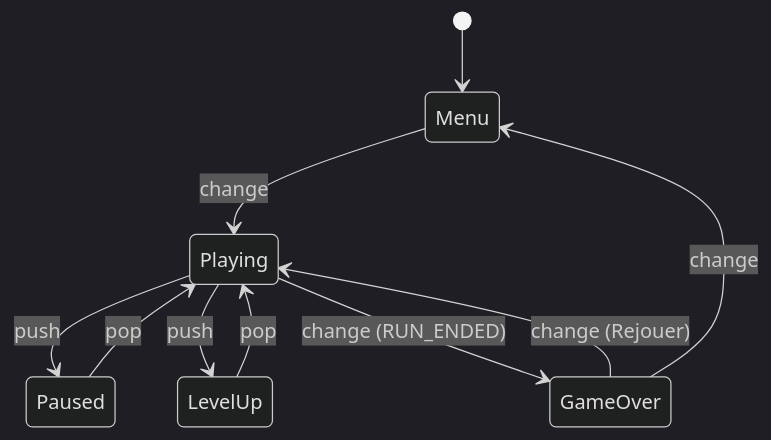
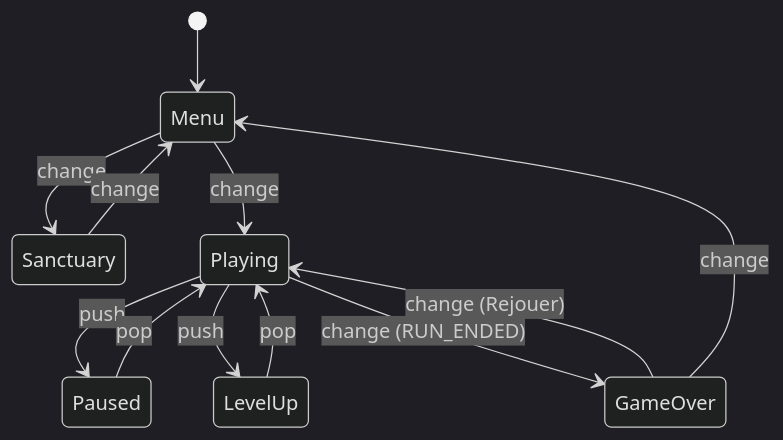
One commit to TeddySbot/Projet-Aegis changed the third of 4 diagrams in docs/ARCHITECTURE.md. Above: the diagram before and after it, drawn with Mermaid (dark theme). The commit also changed other lines of this file and 49 other files, not shown here.

````diff
--- a/docs/ARCHITECTURE.md
+++ b/docs/ARCHITECTURE.md
@@ -195,12 +195,14 @@
 ```mermaid
 stateDiagram-v2
   [*] --> Menu
+  Menu --> Sanctuary : change
+  Sanctuary --> Menu : change
   Menu --> Playing : change
   Playing --> Paused : push
   Paused --> Playing : pop
   Playing --> LevelUp : push
   LevelUp --> Playing : pop
   Playing --> GameOver : change (RUN_ENDED)
   GameOver --> Playing : change (Rejouer)
   GameOver --> Menu : change
 ```
````
